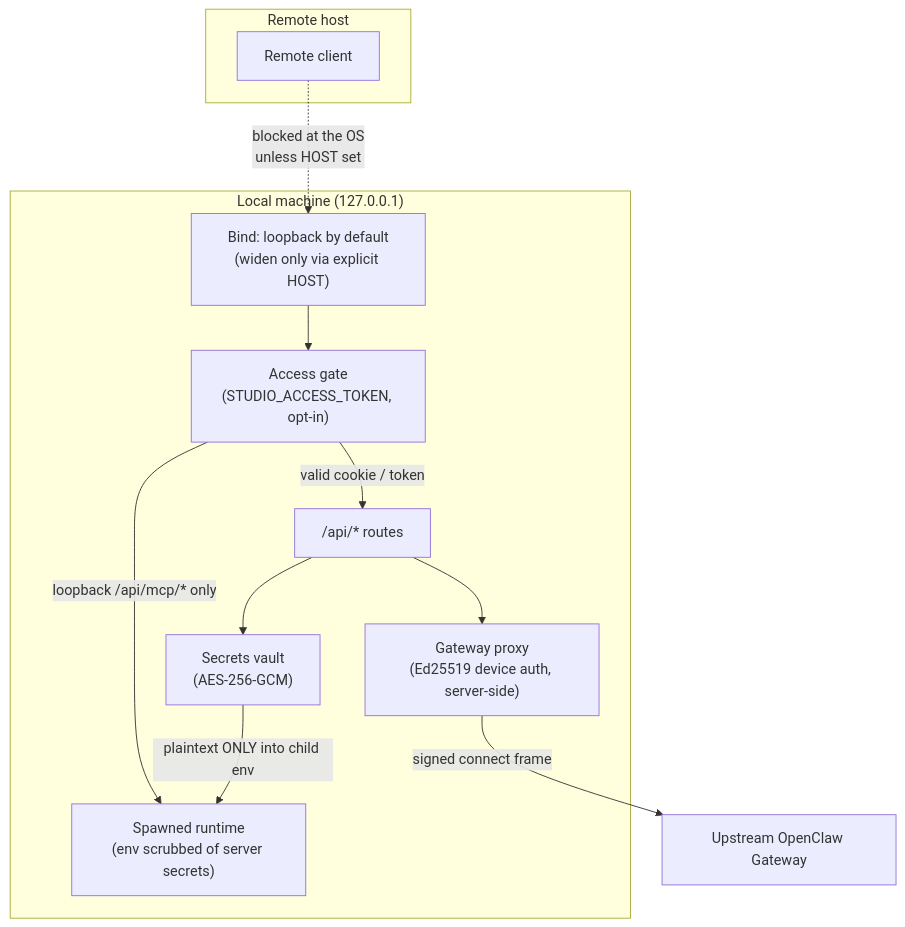
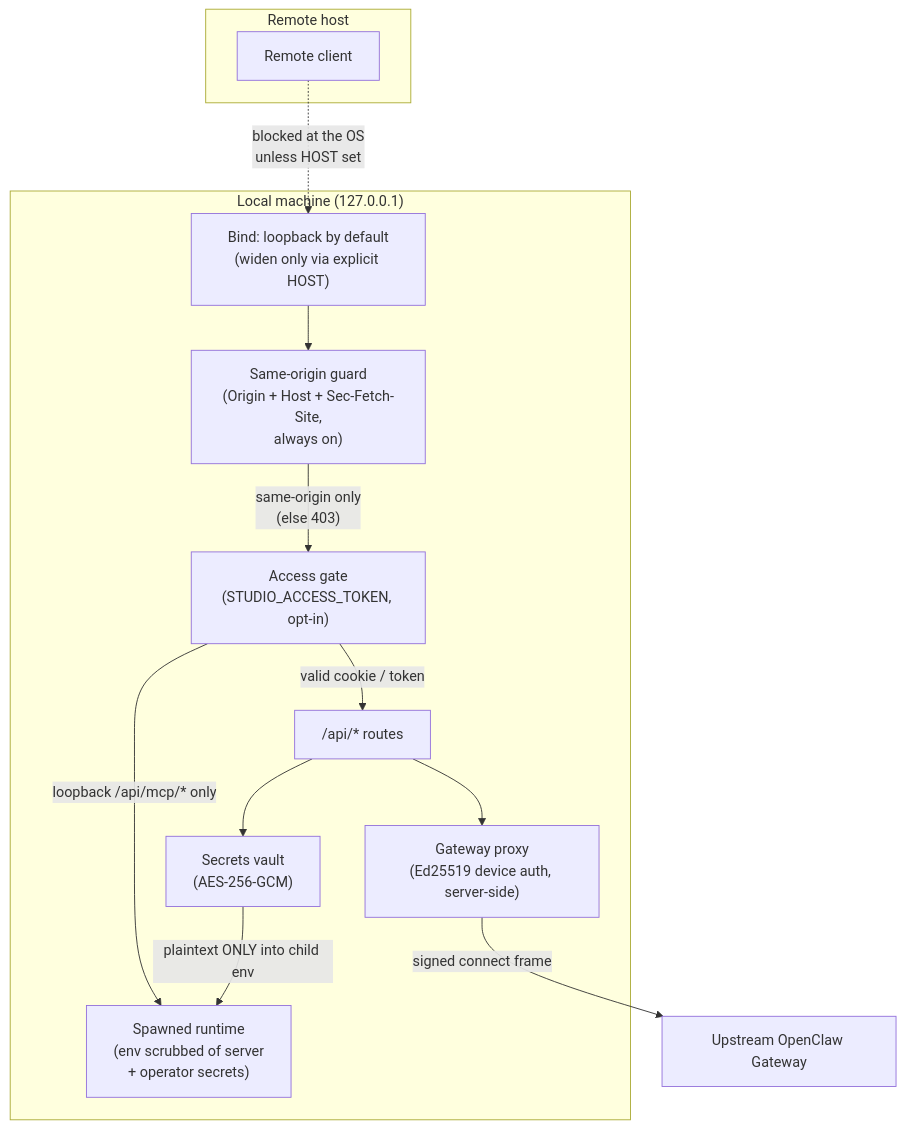
The diagram in docs/operating/security.md (clawboo/clawboo), drawn with Mermaid before and after one commit. The commit also changed other lines of this file and 7 other files, not shown here.

````diff
--- a/docs/operating/security.md
+++ b/docs/operating/security.md
@@ -23,23 +24,25 @@
 ```mermaid
 flowchart TB
     subgraph remote["Remote host"]
         rc["Remote client"]
     end
     subgraph local["Local machine (127.0.0.1)"]
         bind["Bind: loopback by default<br/>(widen only via explicit HOST)"]
+        guard["Same-origin guard<br/>(Origin + Host + Sec-Fetch-Site,<br/>always on)"]
         gate["Access gate<br/>(STUDIO_ACCESS_TOKEN, opt-in)"]
         api["/api/* routes"]
         proxy["Gateway proxy<br/>(Ed25519 device auth, server-side)"]
         vault["Secrets vault<br/>(AES-256-GCM)"]
-        runtime["Spawned runtime<br/>(env scrubbed of server secrets)"]
+        runtime["Spawned runtime<br/>(env scrubbed of server<br/>+ operator secrets)"]
     end
 
     rc -. "blocked at the OS<br/>unless HOST set" .-> bind
-    bind --> gate
+    bind --> guard
+    guard -->|"same-origin only<br/>(else 403)"| gate
     gate -->|"valid cookie / token"| api
     gate -->|"loopback /api/mcp/* only"| runtime
     api --> proxy
     api --> vault
     vault -->|"plaintext ONLY into child env"| runtime
     proxy -->|"signed connect frame"| upstream["Upstream OpenClaw Gateway"]
 ```
````
